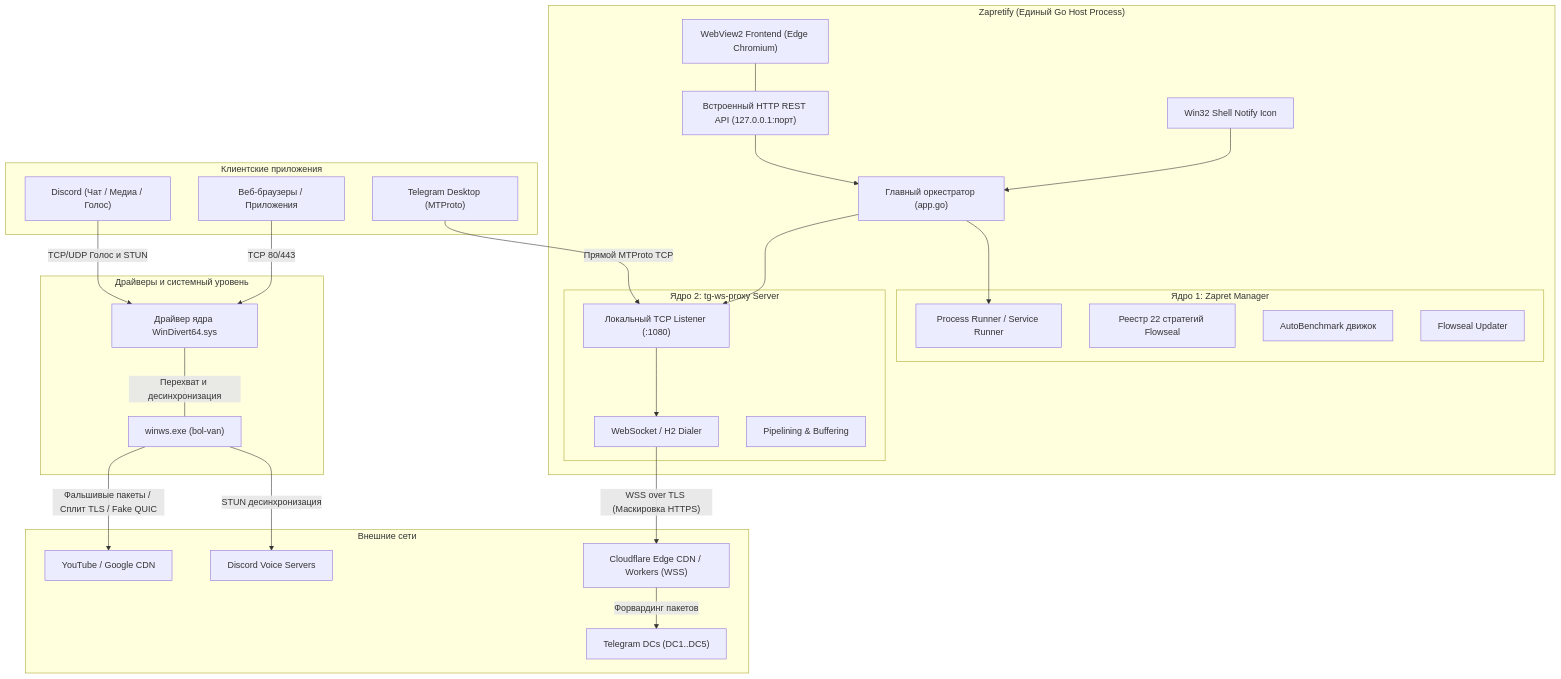
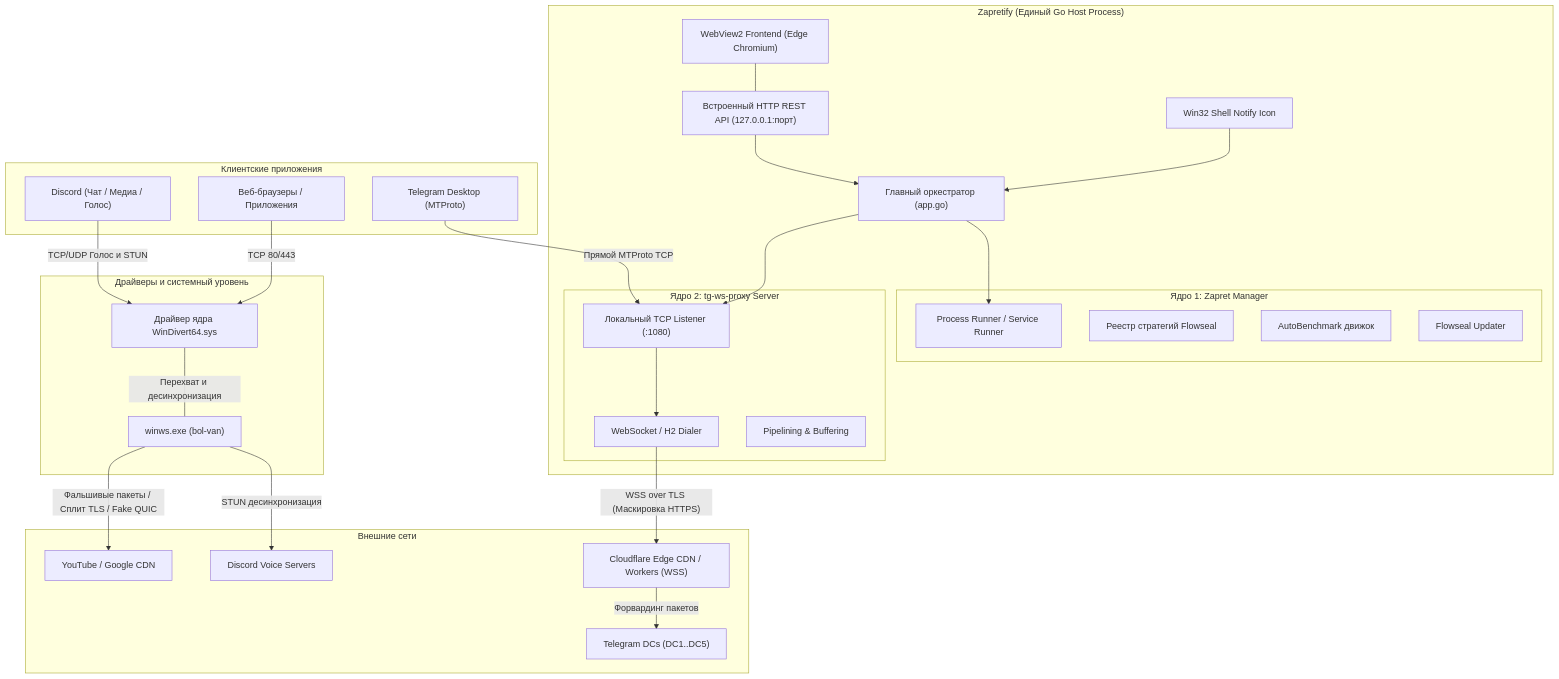
Before and after one commit to selfdestroyer/Zapretify: the diagram in ARCHITECTURE.md, drawn with Mermaid. The commit also changed other lines of this file and 3 other files, not shown here.

````diff
--- a/ARCHITECTURE.md
+++ b/ARCHITECTURE.md
@@ -25,61 +25,61 @@
 ```mermaid
 graph TD
     subgraph "Клиентские приложения"
         Browser["Веб-браузеры / Приложения"]
         Discord["Discord (Чат / Медиа / Голос)"]
         Telegram["Telegram Desktop (MTProto)"]
     end
 
     subgraph "Zapretify (Единый Go Host Process)"
         API["Встроенный HTTP REST API (127.0.0.1:порт)"]
         UI["WebView2 Frontend (Edge Chromium)"]
         Tray["Win32 Shell Notify Icon"]
         
         AppCtrl["Главный оркестратор (app.go)"]
         
         subgraph "Ядро 1: Zapret Manager"
             ZapretProc["Process Runner / Service Runner"]
-            StratReg["Реестр 22 стратегий Flowseal"]
+            StratReg["Реестр стратегий Flowseal"]
             Bench["AutoBenchmark движок"]
             Upstream["Flowseal Updater"]
         end
         
         subgraph "Ядро 2: tg-ws-proxy Server"
             TCPListener["Локальный TCP Listener (:1080)"]
             WSTunnel["WebSocket / H2 Dialer"]
             PayloadPipe["Pipelining & Buffering"]
         end
     end
 
     subgraph "Драйверы и системный уровень"
         WinDivertDriver["Драйвер ядра WinDivert64.sys"]
         WinwsBin["winws.exe (bol-van)"]
     end
 
     subgraph "Внешние сети"
         YouTubeCDN["YouTube / Google CDN"]
         DiscordVoice["Discord Voice Servers"]
         CFEdge["Cloudflare Edge CDN / Workers (WSS)"]
         TGDatacenters["Telegram DCs (DC1..DC5)"]
     end
 
     UI --- API
     Tray --> AppCtrl
     API --> AppCtrl
 
     AppCtrl --> ZapretProc
     AppCtrl --> TCPListener
 
     %% Zapret Path
     Browser -->|"TCP 80/443"| WinDivertDriver
     Discord -->|"TCP/UDP Голос и STUN"| WinDivertDriver
     WinDivertDriver ---|"Перехват и десинхронизация"| WinwsBin
     WinwsBin -->|"Фальшивые пакеты / Сплит TLS / Fake QUIC"| YouTubeCDN
     WinwsBin -->|"STUN десинхронизация"| DiscordVoice
 
     %% Telegram WS Proxy Path
     Telegram -->|"Прямой MTProto TCP"| TCPListener
     TCPListener --> WSTunnel
     WSTunnel -->|"WSS over TLS (Маскировка HTTPS)"| CFEdge
     CFEdge -->|"Форвардинг пакетов"| TGDatacenters
 ```
````
